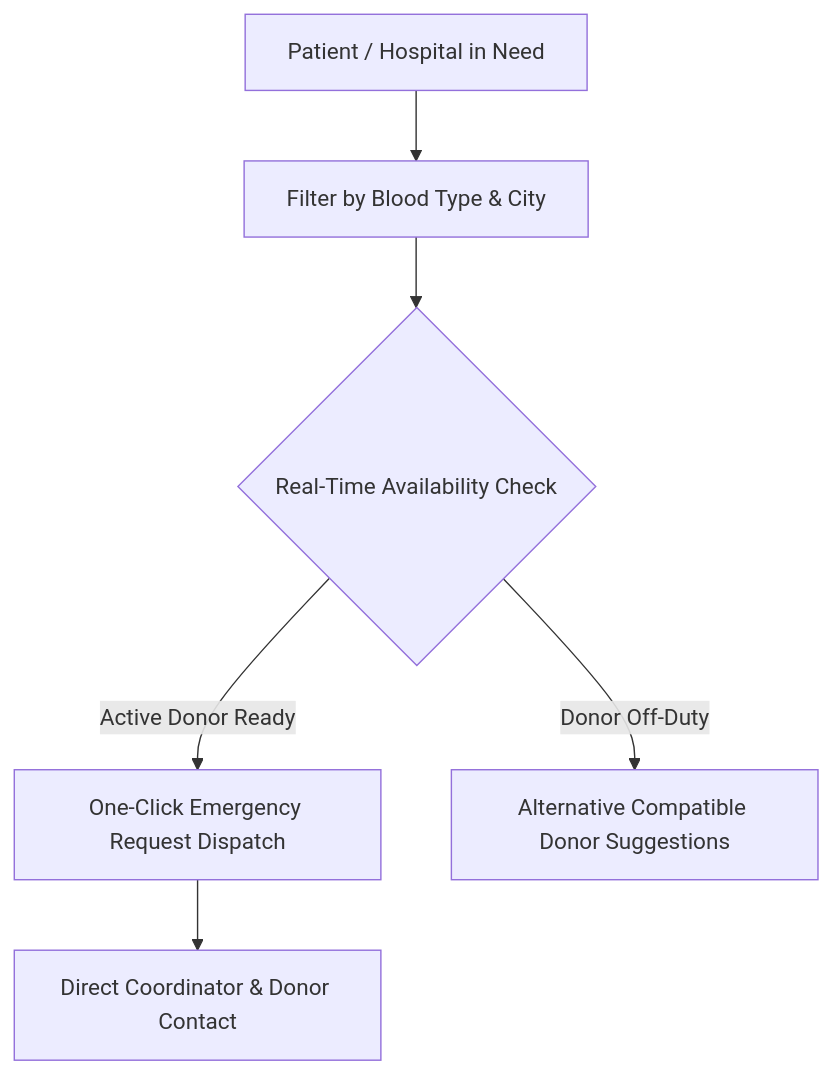
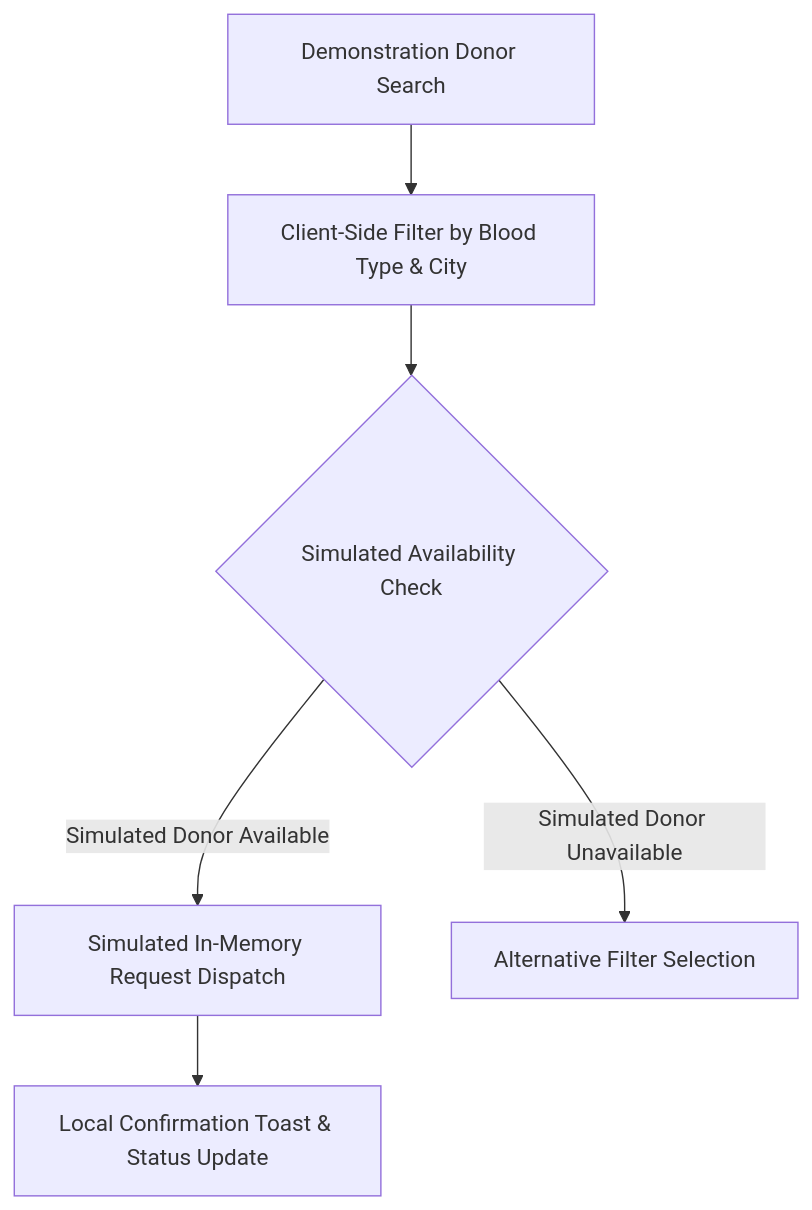
Before and after one commit to TheVicky1/Hema: the diagram in wiki/Home.md, drawn with Mermaid. The commit also changed other lines of this file and 38 other files, not shown here.

````diff
--- a/wiki/Home.md
+++ b/wiki/Home.md
@@ -11,8 +11,8 @@
 ```mermaid
 graph TD
-    A[Patient / Hospital in Need] --> B[Filter by Blood Type & City]
-    B --> C{Real-Time Availability Check}
-    C -->|Active Donor Ready| D[One-Click Emergency Request Dispatch]
-    C -->|Donor Off-Duty| E[Alternative Compatible Donor Suggestions]
-    D --> F[Direct Coordinator & Donor Contact]
+    A[Demonstration Donor Search] --> B[Client-Side Filter by Blood Type & City]
+    B --> C{Simulated Availability Check}
+    C -->|Simulated Donor Available| D[Simulated In-Memory Request Dispatch]
+    C -->|Simulated Donor Unavailable| E[Alternative Filter Selection]
+    D --> F[Local Confirmation Toast & Status Update]
 ```
````
